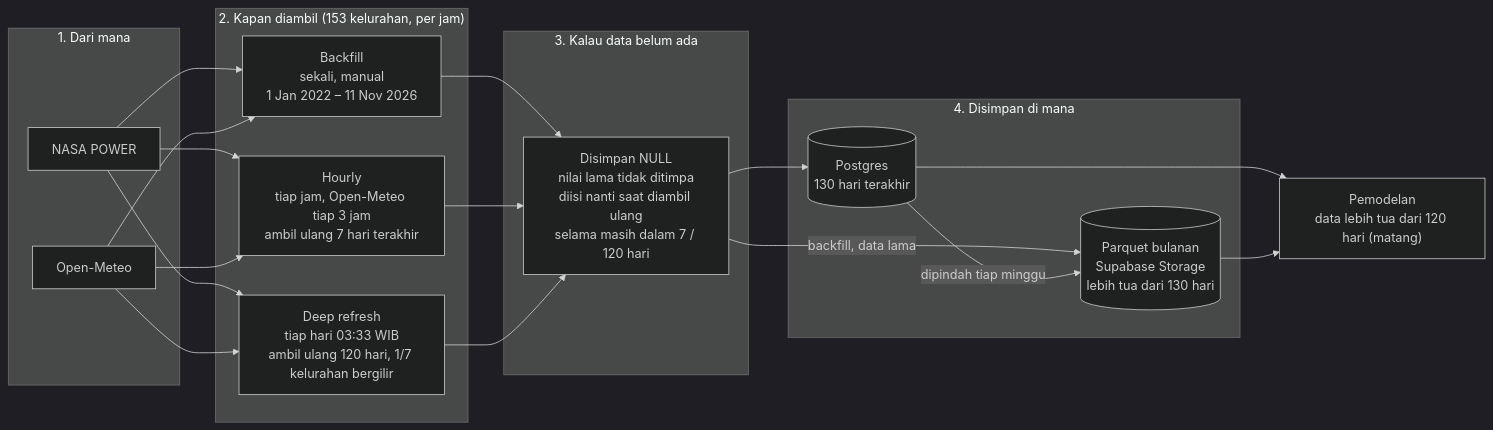
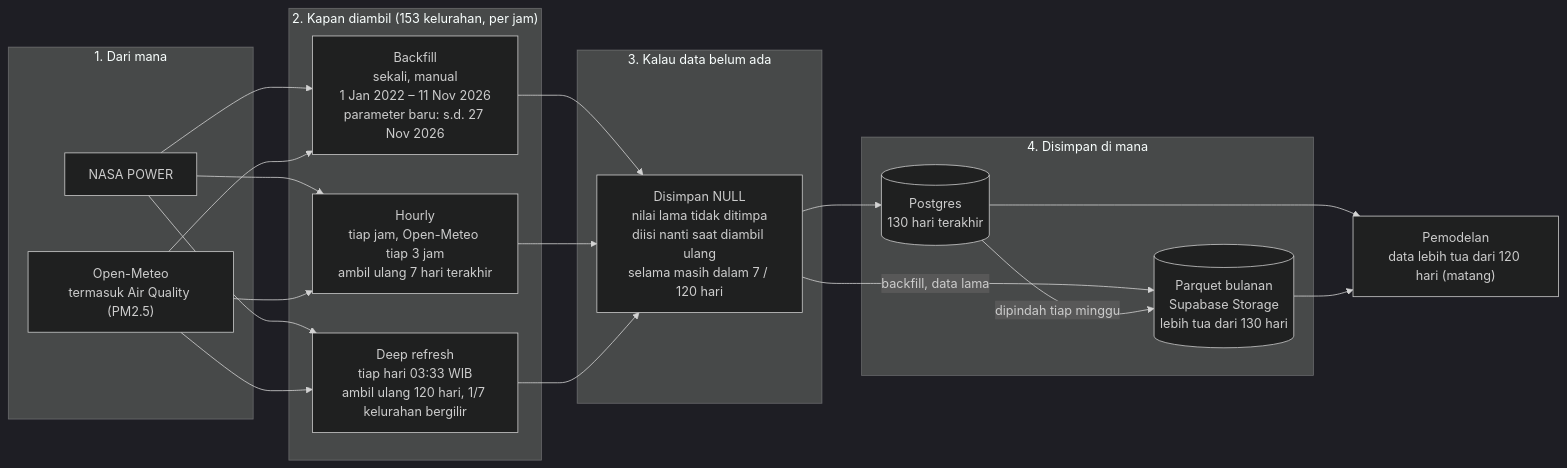
The first of 3 diagrams in etl/README.md (bistiana29/weather-app), drawn with Mermaid (dark theme) before and after one commit. The commit also changed other lines of this file and 9 other files, not shown here.

Commit message:
Parameter baru CLOUD_AMT, cloud_cover, DPD, pm2_5; backfill --extra; tabel elevasi_titik; hapus kolom elevasi lama stasiun_bmkg

````diff
--- a/etl/README.md
+++ b/etl/README.md
@@ -9,27 +9,27 @@
 ```mermaid
 flowchart LR
     subgraph DARI["1. Dari mana"]
         NASA["NASA POWER"]
-        OM["Open-Meteo"]
+        OM["Open-Meteo<br/>termasuk Air Quality (PM2.5)"]
     end
     subgraph KAPAN["2. Kapan diambil (153 kelurahan, per jam)"]
-        BF["Backfill<br/>sekali, manual<br/>1 Jan 2022 – 11 Nov 2026"]
+        BF["Backfill<br/>sekali, manual<br/>1 Jan 2022 – 11 Nov 2026<br/>parameter baru: s.d. 27 Nov 2026"]
         H["Hourly<br/>tiap jam, Open-Meteo tiap 3 jam<br/>ambil ulang 7 hari terakhir"]
         DR["Deep refresh<br/>tiap hari 03:33 WIB<br/>ambil ulang 120 hari, 1/7 kelurahan bergilir"]
     end
     subgraph KOSONG["3. Kalau data belum ada"]
         N["Disimpan NULL<br/>nilai lama tidak ditimpa<br/>diisi nanti saat diambil ulang<br/>selama masih dalam 7 / 120 hari"]
     end
     subgraph DIMANA["4. Disimpan di mana"]
         HOT[("Postgres<br/>130 hari terakhir")]
         COLD[("Parquet bulanan<br/>Supabase Storage<br/>lebih tua dari 130 hari")]
     end
 
     NASA --> BF & H & DR
     OM --> BF & H & DR
     BF & H & DR --> N
     N --> HOT
     N -->|"backfill, data lama"| COLD
     HOT -->|"dipindah tiap minggu"| COLD
     HOT & COLD --> MOD["Pemodelan<br/>data lebih tua dari 120 hari (matang)"]
 ```
````
